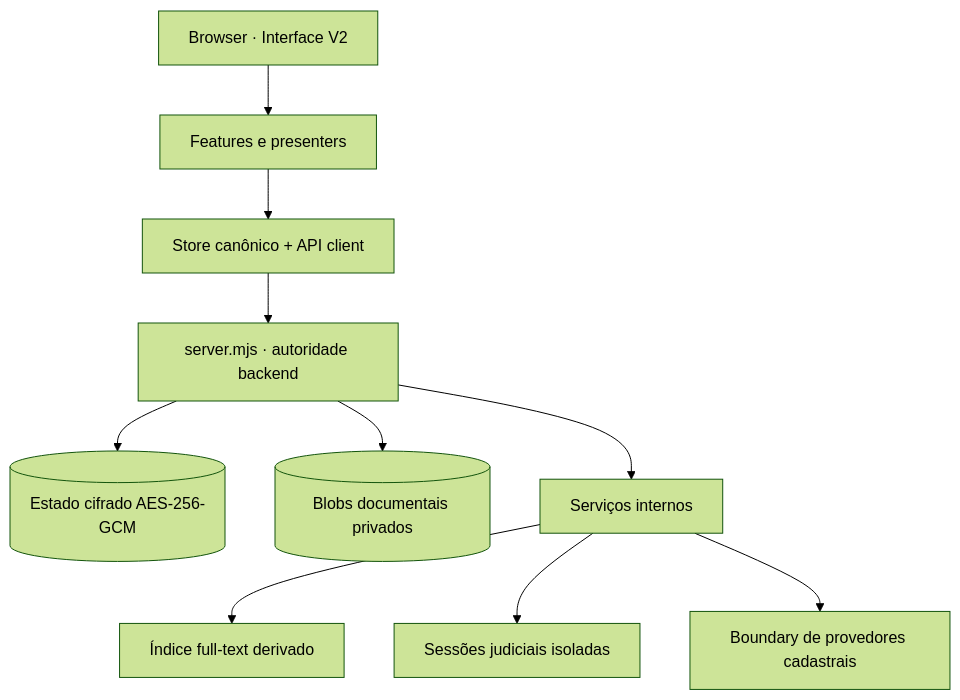
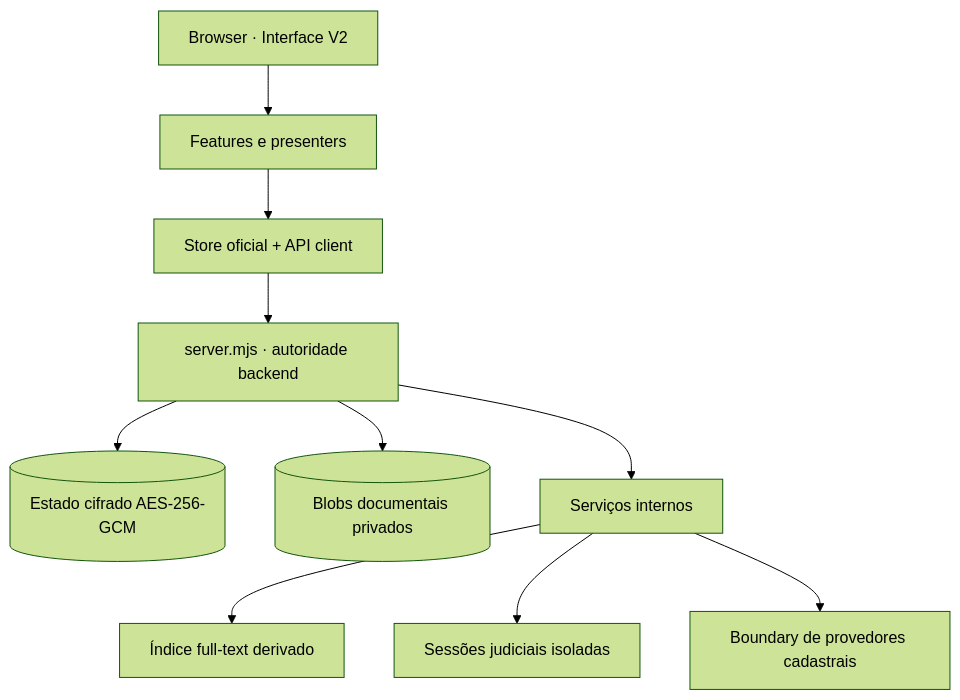
Before and after one commit to ricarossetto/Atrium-Senda: the first of 6 diagrams in docs/ARCHITECTURE.md, drawn with Mermaid (forest theme). The commit also changed other lines of this file and 1402 other files, not shown here.

````diff
--- a/docs/ARCHITECTURE.md
+++ b/docs/ARCHITECTURE.md
@@ -7,12 +7,12 @@
 ```mermaid
 flowchart TB
     Browser[Browser · Interface V2] --> Features[Features e presenters]
-    Features --> Store[Store canônico + API client]
+    Features --> Store[Store oficial + API client]
     Store --> Server[server.mjs · autoridade backend]
     Server --> State[(Estado cifrado AES-256-GCM)]
     Server --> Blobs[(Blobs documentais privados)]
     Server --> Services[Serviços internos]
     Services --> Search[Índice full-text derivado]
     Services --> Judicial[Sessões judiciais isoladas]
     Services --> Registry[Boundary de provedores cadastrais]
 ```
````
